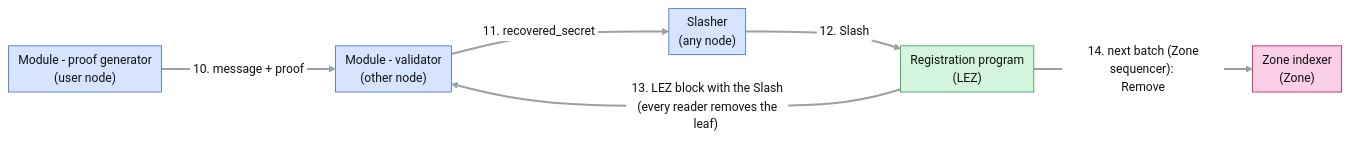
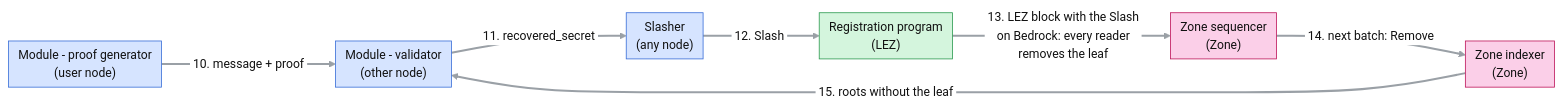
One commit to logos-co/logos-rln-membership-zone changed the second of 10 diagrams in docs/rfc-rln-membership-zone.md. Above: the diagram before and after it, drawn with Mermaid. The commit also changed other lines of this file and 1 other file, not shown here.

Commit message:
docs: Overview flows and components match the design: LEZ from Bedrock, three registry-access levels, slash path

````diff
--- a/docs/rfc-rln-membership-zone.md
+++ b/docs/rfc-rln-membership-zone.md
@@ -212,17 +217,18 @@
 ```mermaid
 %%{init: {"theme": "base", "flowchart": {"curve": "basis", "nodeSpacing": 40, "rankSpacing": 70, "padding": 6}, "themeVariables": {"lineColor": "#9aa0a6", "primaryTextColor": "#111111", "edgeLabelBackground": "#ffffff", "fontSize": "15px"}, "themeCSS": "marker { overflow: visible; } .arrowMarkerPath { transform: scale(1.7); transform-origin: 5px 5px; } .edgeLabel, .edgeLabel p, .edgeLabel span { font-size: 12px; line-height: 1.2; }"}}%%
 flowchart LR
     SND["Module - proof generator<br/>(user node)"] -->|"#nbsp;10. message + proof#nbsp;"| VAL["Module - validator<br/>(other node)"]
     VAL -->|"#nbsp;11. recovered_secret#nbsp;"| SL["Slasher<br/>(any node)"]
     SL -->|"#nbsp;12. Slash#nbsp;"| PROG["Registration program<br/>(LEZ)"]
-    PROG -->|"#nbsp;13. LEZ block with the Slash#nbsp;<br/>#nbsp;(every reader removes the leaf)#nbsp;"| VAL
-    PROG -->|"#nbsp;14. next batch (Zone sequencer):#nbsp;<br/>#nbsp;Remove#nbsp;"| IDX["Zone indexer<br/>(Zone)"]
+    PROG -->|"#nbsp;13. LEZ block with the Slash#nbsp;<br/>#nbsp;on Bedrock: every reader#nbsp;<br/>#nbsp;removes the leaf#nbsp;"| ZSEQ["Zone sequencer<br/>(Zone)"]
+    ZSEQ -->|"#nbsp;14. next batch: Remove#nbsp;"| IDX["Zone indexer<br/>(Zone)"]
+    IDX -->|"#nbsp;15. roots without the leaf#nbsp;"| VAL
     linkStyle default stroke-width:2.5px
 
     classDef user fill:#d6e4ff,stroke:#3b6fd8,color:#111111
     classDef lez fill:#d4f5dd,stroke:#2e9b52,color:#111111
     classDef zone fill:#fbcfe8,stroke:#be185d,color:#111111
     class SND,VAL,SL user
     class PROG lez
-    class IDX zone
+    class ZSEQ,IDX zone
 ```
````
